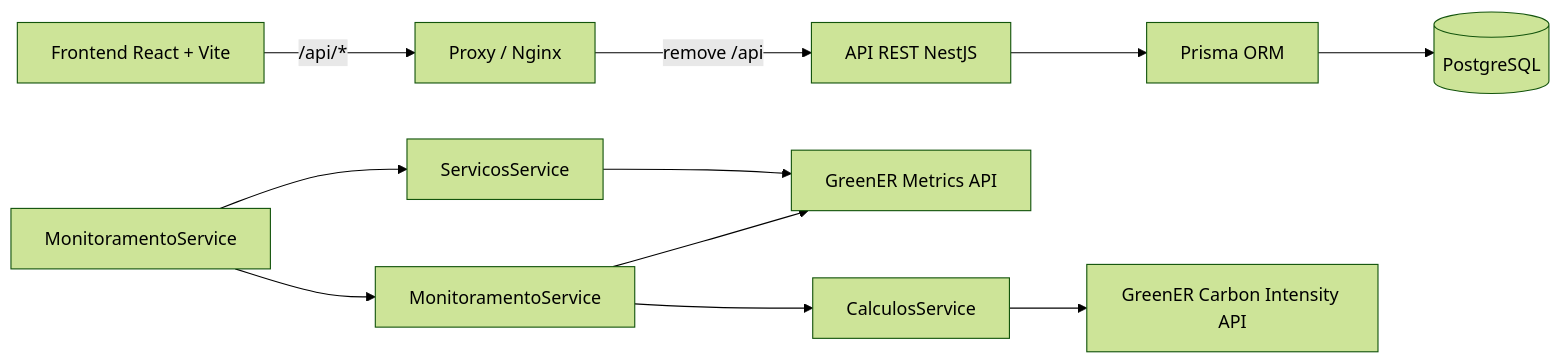
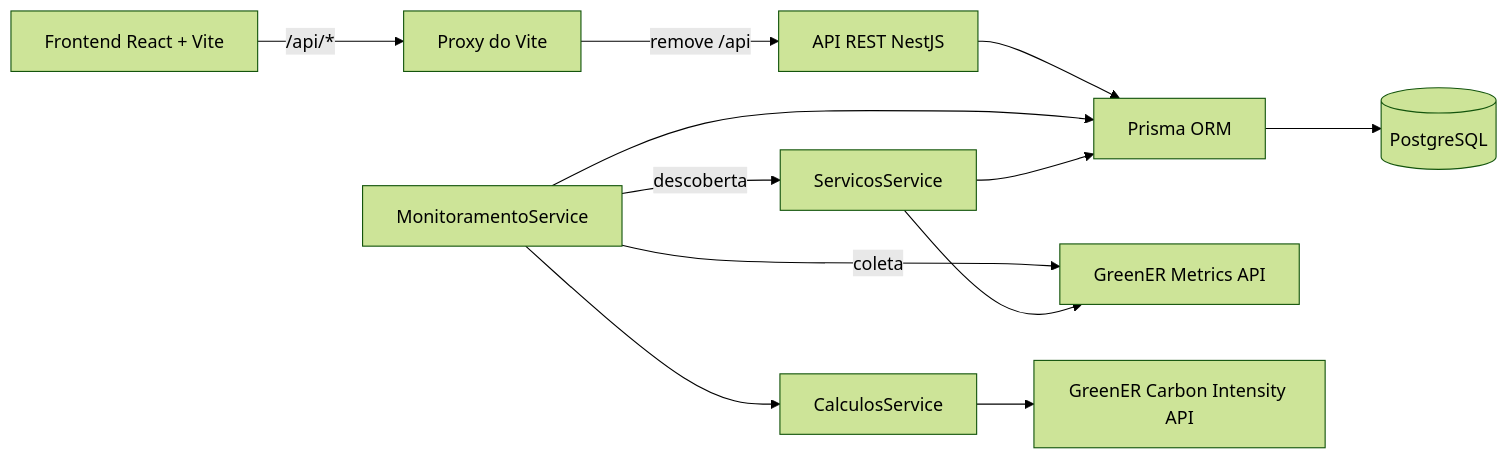
Before and after one commit to abpundefined/3DSM-ABP-UNDEFINED: the diagram in docs/arquitetura.md, drawn with Mermaid (forest theme). The commit also changed 1 other file, not shown here.

Commit message:
docs(readme): corrige diagrama da arquitetura, diagrama ER e badges do CI (#21)

````diff
--- a/docs/arquitetura.md
+++ b/docs/arquitetura.md
@@ -5,13 +5,14 @@
 ```mermaid
 flowchart LR
-    React[Frontend React + Vite] -->|/api/*| Vite[Proxy / Nginx]
+    React[Frontend React + Vite] -->|/api/*| Vite[Proxy do Vite]
     Vite -->|remove /api| Nest[API REST NestJS]
     Nest --> Prisma[Prisma ORM]
     Prisma --> PG[(PostgreSQL)]
-    Timer[MonitoramentoService] --> Descoberta[ServicosService]
-    Timer --> Coletor[MonitoramentoService]
-    Descoberta --> Metrics[GreenER Metrics API]
-    Coletor --> Metrics
-    Coletor --> Calculos[CalculosService]
+    Monitor[MonitoramentoService] -->|descoberta| Descoberta[ServicosService]
+    Monitor -->|coleta| Metrics[GreenER Metrics API]
+    Monitor --> Calculos[CalculosService]
+    Monitor --> Prisma
+    Descoberta --> Metrics
+    Descoberta --> Prisma
     Calculos --> Carbon[GreenER Carbon Intensity API]
 ```
````
